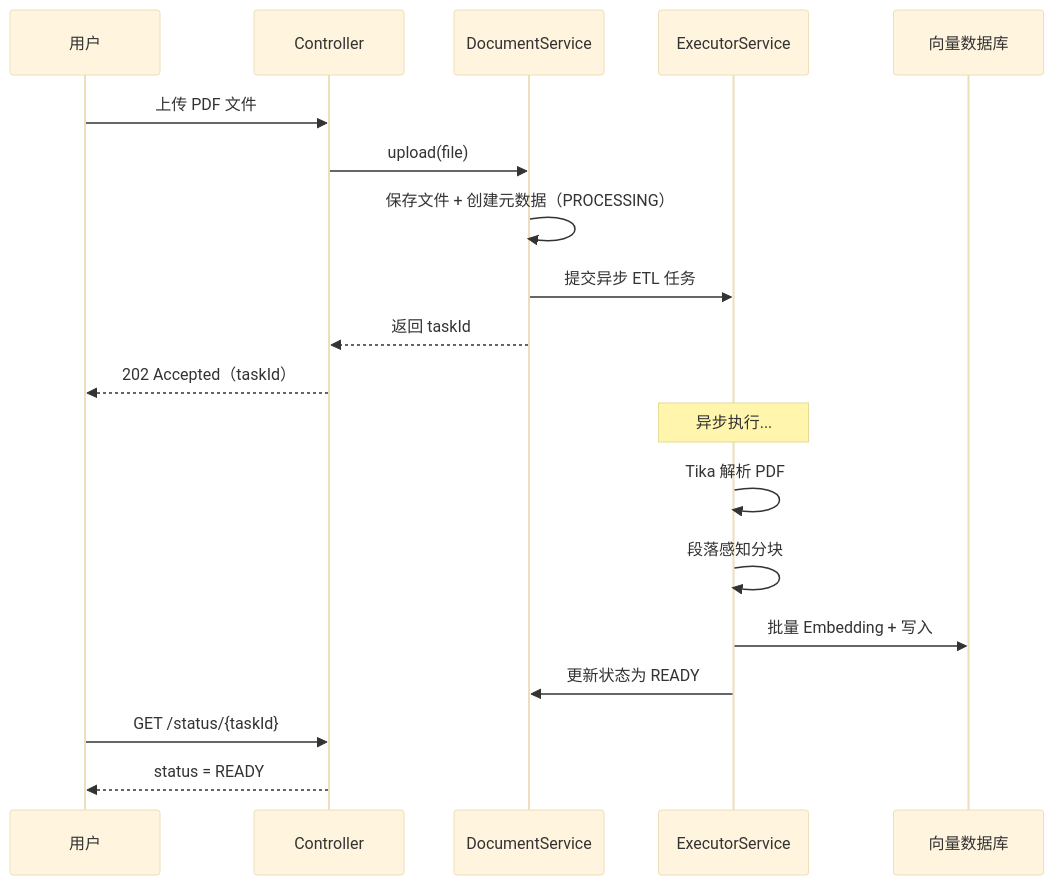
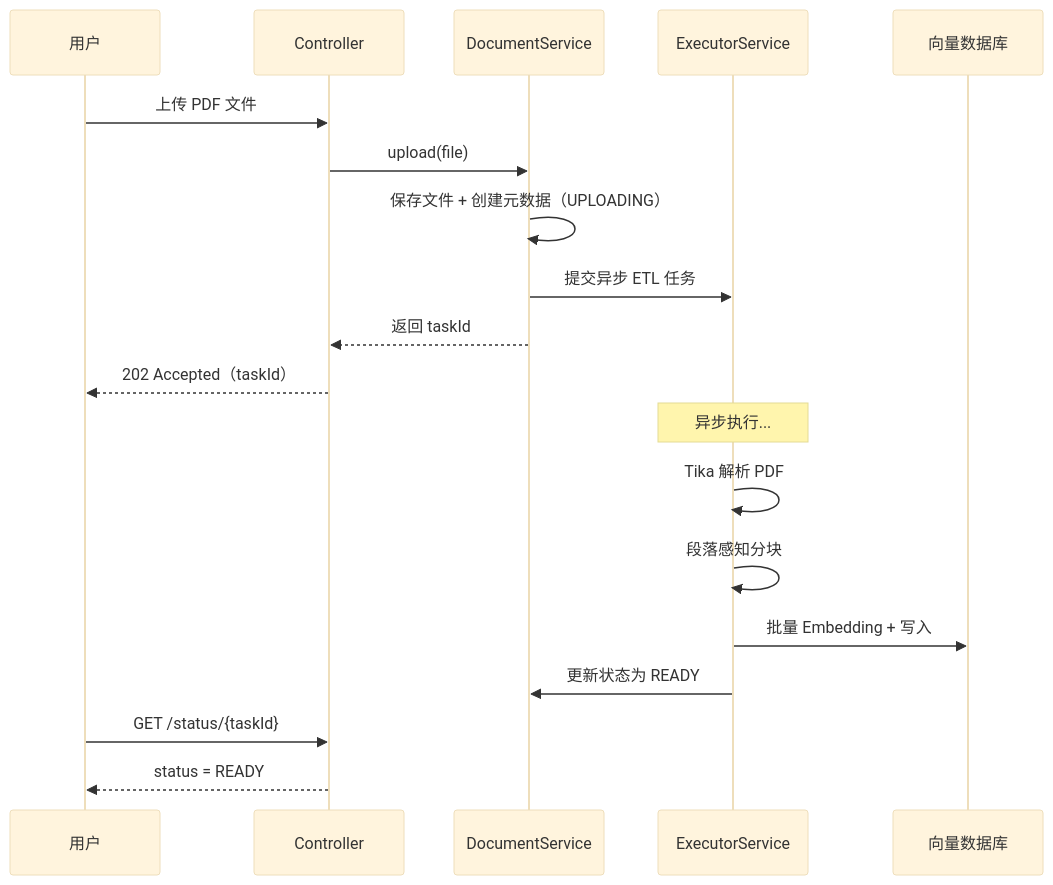
One commit to UranusGit/java-agent-learn changed the sixth of 9 diagrams in docs/项目/01-智能文档助手/02-迭代一-文档解析与向量化.md. Above: the diagram before and after it, drawn with Mermaid (base theme). The commit also changed other lines of this file and 206 other files, not shown here.

````diff
--- a/docs/项目/01-智能文档助手/02-迭代一-文档解析与向量化.md
+++ b/docs/项目/01-智能文档助手/02-迭代一-文档解析与向量化.md
@@ -462,24 +490,24 @@
 ```mermaid
 sequenceDiagram
     participant U as 用户
     participant C as Controller
     participant S as DocumentService
     participant E as ExecutorService
     participant V as 向量数据库
 
     U->>C: 上传 PDF 文件
     C->>S: upload(file)
-    S->>S: 保存文件 + 创建元数据（PROCESSING）
+    S->>S: 保存文件 + 创建元数据（UPLOADING）
     S->>E: 提交异步 ETL 任务
     S-->>C: 返回 taskId
     C-->>U: 202 Accepted（taskId）
 
     Note over E: 异步执行...
     E->>E: Tika 解析 PDF
     E->>E: 段落感知分块
     E->>V: 批量 Embedding + 写入
     E->>S: 更新状态为 READY
 
     U->>C: GET /status/{taskId}
     C-->>U: status = READY
 ```
````
